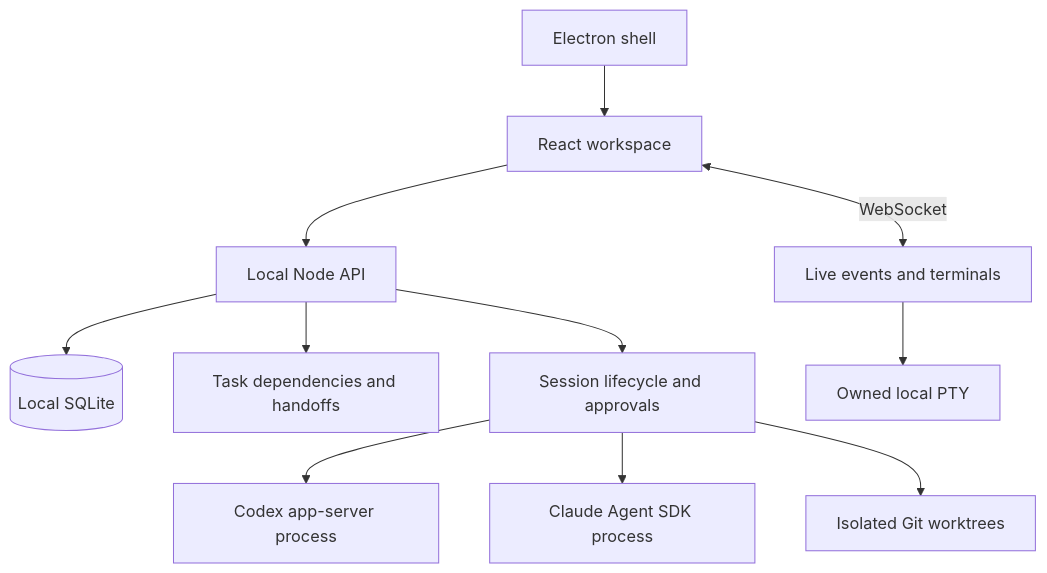
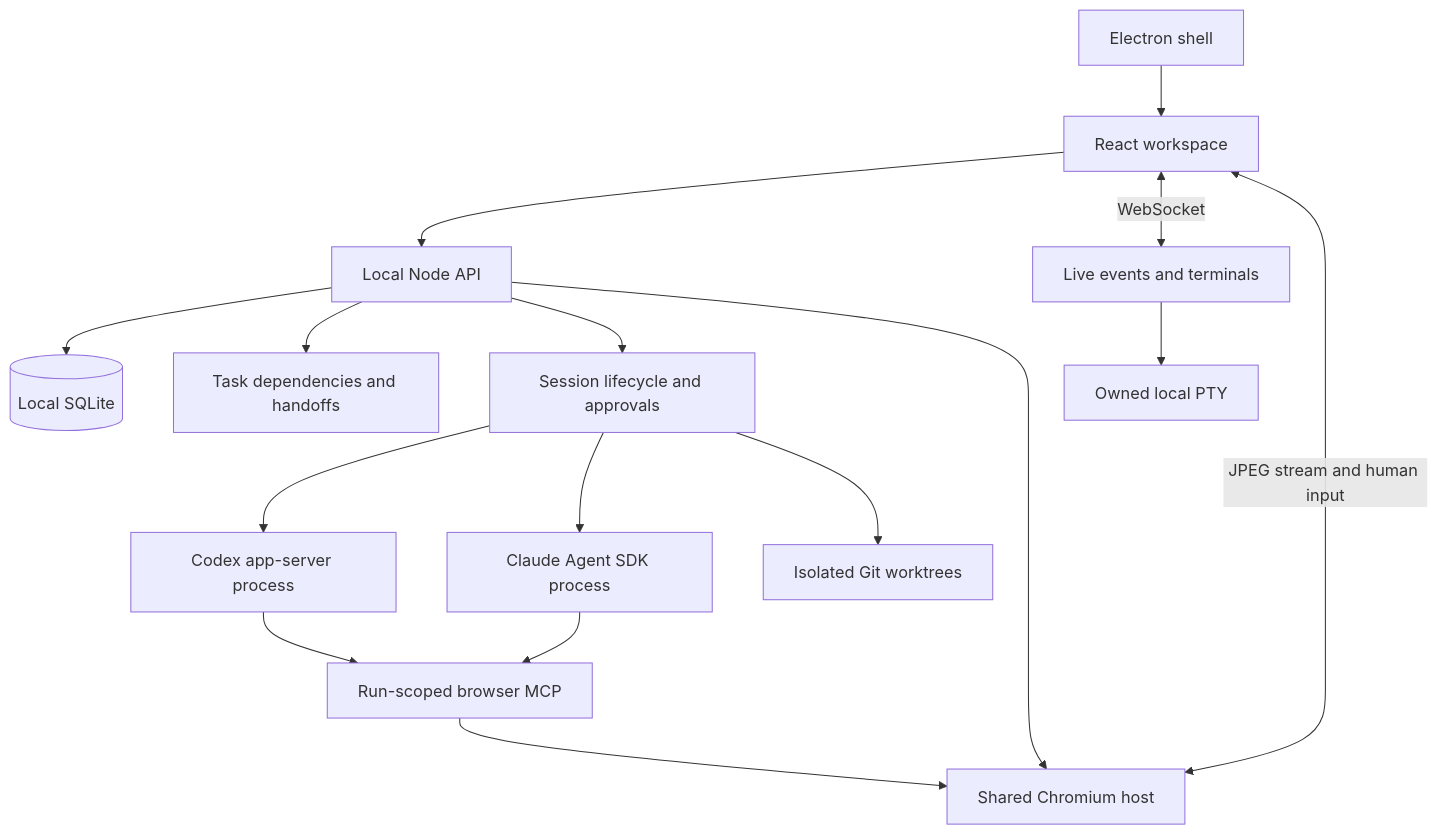
Before and after one commit to AdithyanandanArun/Agent_Orch_App: the diagram in docs/architecture.md, drawn with Mermaid. The commit also changed other lines of this file and 3 other files, not shown here.

Commit message:
Record browser architecture, provider coverage and observed checks

````diff
--- a/docs/architecture.md
+++ b/docs/architecture.md
@@ -11,13 +11,18 @@
 ```mermaid
 flowchart TD
   UI[React workspace] --> API[Local Node API]
   UI <-->|WebSocket| Live[Live events and terminals]
   API --> DB[(Local SQLite)]
   API --> Tasks[Task dependencies and handoffs]
   API --> Sessions[Session lifecycle and approvals]
   Sessions --> Codex[Codex app-server process]
   Sessions --> Claude[Claude Agent SDK process]
   Sessions --> Git[Isolated Git worktrees]
   Live --> PTY[Owned local PTY]
+  UI <-->|JPEG stream and human input| Browser[Shared Chromium host]
+  Codex --> MCP[Run-scoped browser MCP]
+  Claude --> MCP
+  MCP --> Browser
+  API --> Browser
   Electron[Electron shell] --> UI
 ```
````
